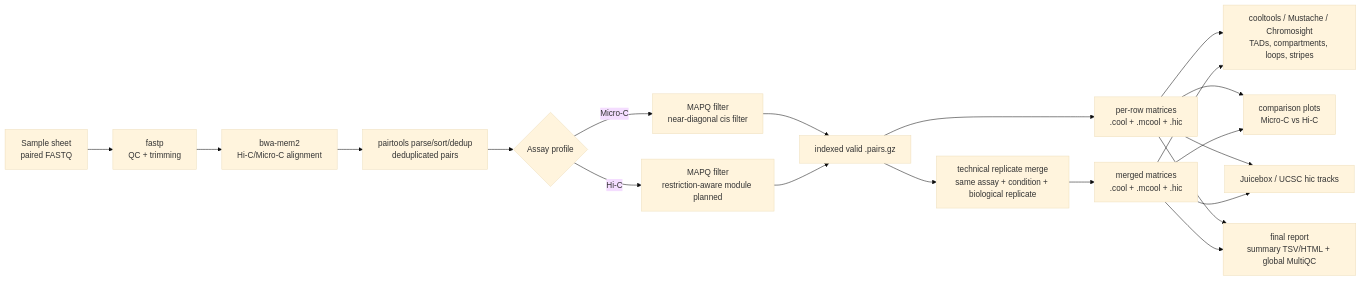
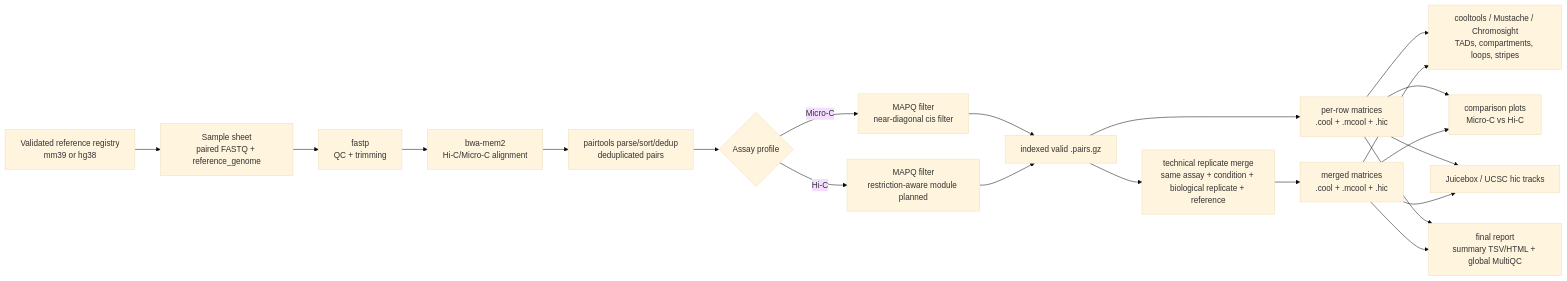
Before and after one commit to MichalGd/microc2tracks: the diagram in README.md, drawn with Mermaid (base theme). The commit also changed other lines of this file and 35 other files, not shown here.

````diff
--- a/README.md
+++ b/README.md
@@ -9,22 +9,23 @@
 ```mermaid
 flowchart LR
-  A["Sample sheet<br/>paired FASTQ"] --> B["fastp<br/>QC + trimming"]
+  R["Validated reference registry<br/>mm39 or hg38"] --> A
+  A["Sample sheet<br/>paired FASTQ + reference_genome"] --> B["fastp<br/>QC + trimming"]
   B --> C["bwa-mem2<br/>Hi-C/Micro-C alignment"]
   C --> D["pairtools parse/sort/dedup<br/>deduplicated pairs"]
   D --> E{"Assay profile"}
   E -->|"Micro-C"| F["MAPQ filter<br/>near-diagonal cis filter"]
   E -->|"Hi-C"| G["MAPQ filter<br/>restriction-aware module planned"]
   F --> H["indexed valid .pairs.gz"]
   G --> H
   H --> I["per-row matrices<br/>.cool + .mcool + .hic"]
-  H --> N["technical replicate merge<br/>same assay + condition + biological replicate"]
+  H --> N["technical replicate merge<br/>same assay + condition + biological replicate + reference"]
   N --> O["merged matrices<br/>.cool + .mcool + .hic"]
   I --> K["cooltools / Mustache / Chromosight<br/>TADs, compartments, loops, stripes"]
   O --> K
   I --> L["comparison plots<br/>Micro-C vs Hi-C"]
   O --> L
   I --> M["Juicebox / UCSC hic tracks"]
   O --> M
   I --> P["final report<br/>summary TSV/HTML + global MultiQC"]
   O --> P
 ```
````
